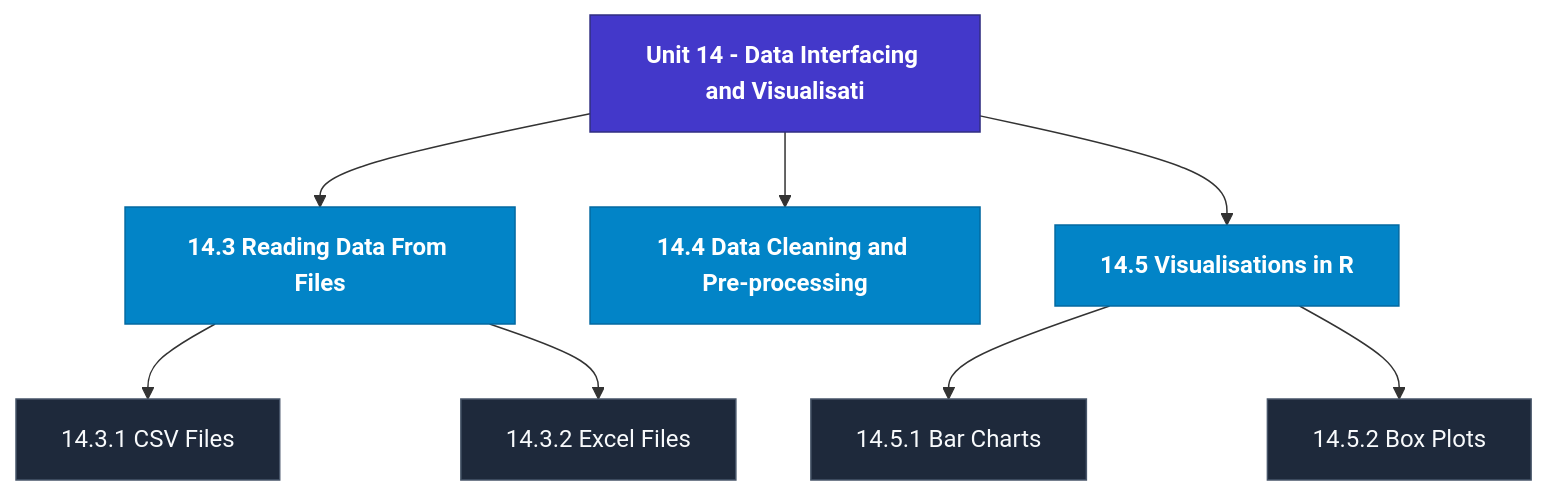
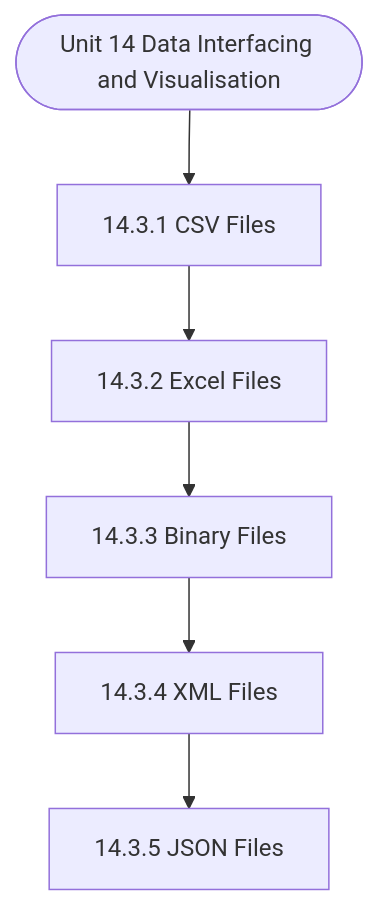
The diagram in notes/Semester_2/MCS-068_Predictive_Data_Analysis/unit_14_Data_Interfacing_and_Visualisation_in_R.md (Asutosh-Coaching/mscdsa), drawn with Mermaid before and after one commit. The commit also changed other lines of this file and 115 other files, not shown here.

Commit message:
Fix Mermaid layout for mobile, isolate LaTeX delimiters, and add GitHub Pages reader

````diff
--- a/notes/Semester_2/MCS-068_Predictive_Data_Analysis/unit_14_Data_Interfacing_and_Visualisation_in_R.md
+++ b/notes/Semester_2/MCS-068_Predictive_Data_Analysis/unit_14_Data_Interfacing_and_Visualisation_in_R.md
@@ -19,23 +19,14 @@
 ```mermaid
 flowchart TD
-  %% Styling Definitions
-  classDef head fill:#4338ca,stroke:#312e81,color:#ffffff,font-weight:bold;
-  classDef topic fill:#0284c7,stroke:#0369a1,color:#ffffff,font-weight:600;
-  classDef sub fill:#1e293b,stroke:#475569,color:#f8fafc;
-
-  Root["Unit 14 - Data Interfacing and Visualisati"]:::head
-  M1["14.3 Reading Data From Files"]:::topic
-  Root --> M1
-  M1_1["14.3.1 CSV Files"]:::sub
-  M1 --> M1_1
-  M1_2["14.3.2 Excel Files"]:::sub
-  M1 --> M1_2
-  M2["14.4 Data Cleaning and Pre-processing"]:::topic
-  Root --> M2
-  M3["14.5 Visualisations in R"]:::topic
-  Root --> M3
-  M3_1["14.5.1 Bar Charts"]:::sub
-  M3 --> M3_1
-  M3_2["14.5.2 Box Plots"]:::sub
-  M3 --> M3_2
+  Start(["Unit 14 Data Interfacing and Visualisation"])
+  N1["14.3.1 CSV Files"]
+  N2["14.3.2 Excel Files"]
+  N3["14.3.3 Binary Files"]
+  N4["14.3.4 XML Files"]
+  N5["14.3.5 JSON Files"]
+  Start --> N1
+  N1 --> N2
+  N2 --> N3
+  N3 --> N4
+  N4 --> N5
 ```
````
